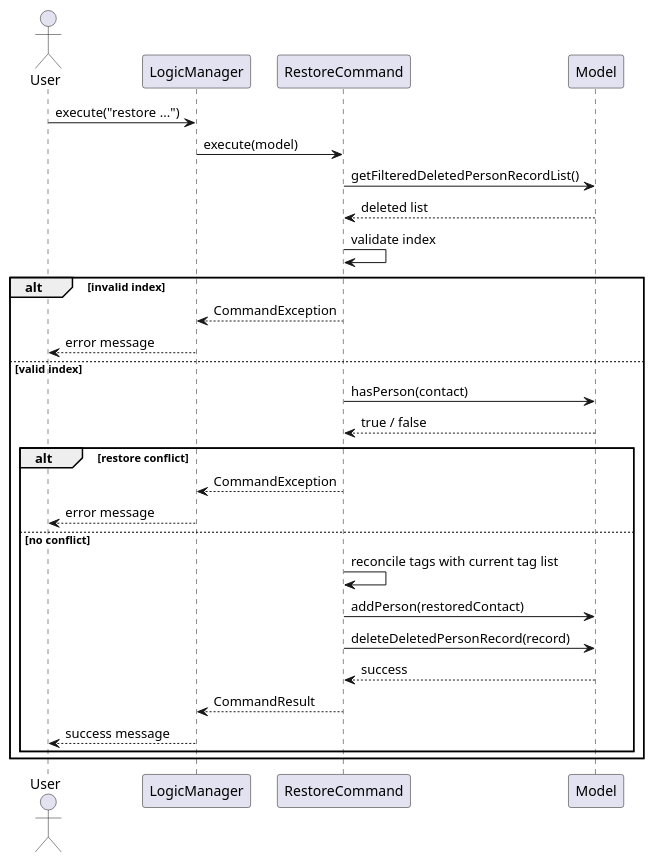
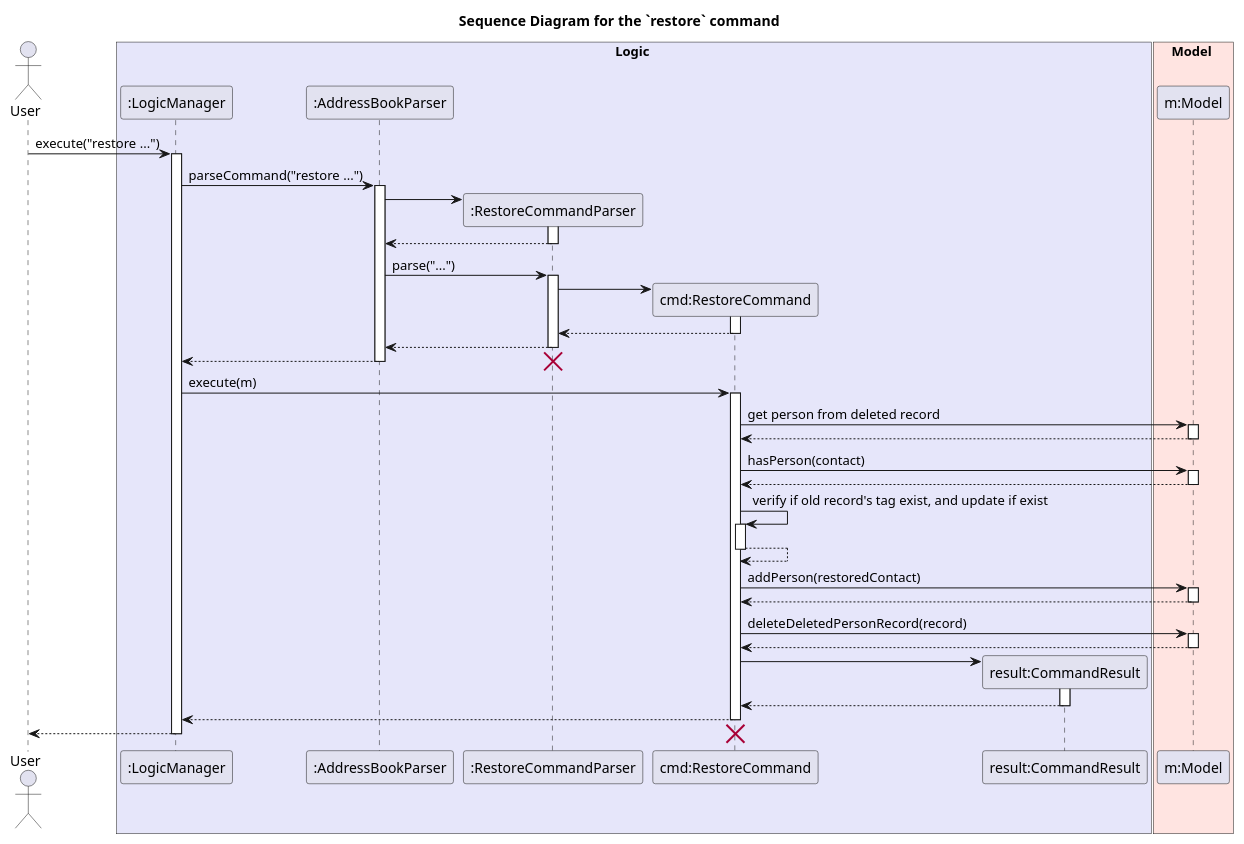
One commit to AY2526S2-CS2103-T11-1/tp changed the diagram in diagrams/RestoreSequenceDiagram.puml. Above: the diagram before and after it, drawn with PlantUML. The commit also changed 43 other files, not shown here.

```diff
--- a/diagrams/RestoreSequenceDiagram.puml
+++ b/diagrams/RestoreSequenceDiagram.puml
@@ -1,37 +1,89 @@
 @startuml
+title Sequence Diagram for the `restore` command
 
 actor User
-participant "LogicManager" as Logic
-participant "RestoreCommand" as Command
-participant "Model" as Model
+
+box Logic #E6E6FA
+participant ":LogicManager" as Logic
+participant ":AddressBookParser" as ABParser
+participant ":RestoreCommandParser" as Parser
+participant "cmd:RestoreCommand" as Command
+participant "result:CommandResult" as Result
+end box
+
+box Model #FFE4E1
+participant "m:Model" as Model
+end box
 
 User -> Logic : execute("restore ...")
-Logic -> Command : execute(model)
+activate Logic
 
-Command -> Model : getFilteredDeletedPersonRecordList()
-Model --> Command : deleted list
+Logic -> ABParser : parseCommand("restore ...")
+activate ABParser
 
-Command -> Command : validate index
+create Parser
+ABParser -> Parser
+activate Parser
 
-alt invalid index
-    Command --> Logic : CommandException
-    Logic --> User : error message
-else valid index
-    Command -> Model : hasPerson(contact)
-    Model --> Command : true / false
+ABParser <-- Parser
+deactivate Parser
 
+ABParser -> Parser : parse("...")
+activate Parser
 
-    alt restore conflict
-        Command --> Logic : CommandException
-        Logic --> User : error message
-    else no conflict
-        Command -> Command : reconcile tags with current tag list
-        Command -> Model : addPerson(restoredContact)
-        Command -> Model : deleteDeletedPersonRecord(record)
-        Model --> Command : success
-        Command --> Logic : CommandResult
-        Logic --> User : success message
-    end
-end
+create Command
+Parser -> Command
+activate Command
+
+Parser <-- Command
+deactivate Command
+
+ABParser <-- Parser
+deactivate Parser
+
+Logic <-- ABParser
+destroy Parser
+deactivate ABParser
+
+Logic -> Command : execute(m)
+activate Command
+
+Command -> Model : get person from deleted record
+activate Model
+Model --> Command
+deactivate Model
+
+Command -> Model : hasPerson(contact)
+activate Model
+Model --> Command
+deactivate Model
+
+Command -> Command : verify if old record's tag exist, and update if exist
+activate Command
+Command --> Command
+deactivate Command
+
+Command -> Model : addPerson(restoredContact)
+activate Model
+Model --> Command
+deactivate Model
+
+Command -> Model : deleteDeletedPersonRecord(record)
+activate Model
+Model --> Command
+deactivate Model
+
+create Result
+Command -> Result
+activate Result
+Result --> Command
+deactivate Result
+
+Logic <-- Command
+deactivate Command
+
+User <-- Logic
+destroy Command
+deactivate Logic
 
 @enduml
```
